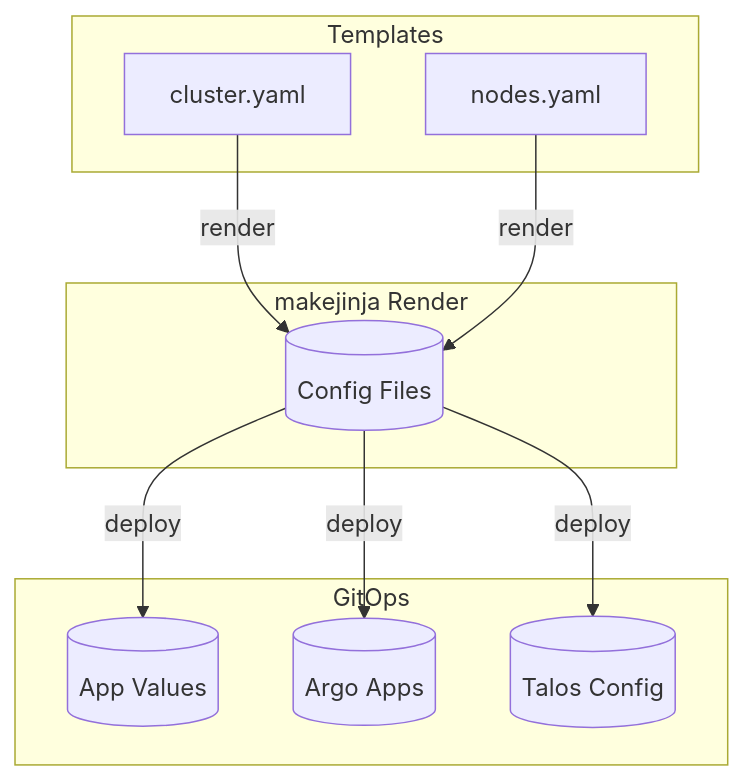
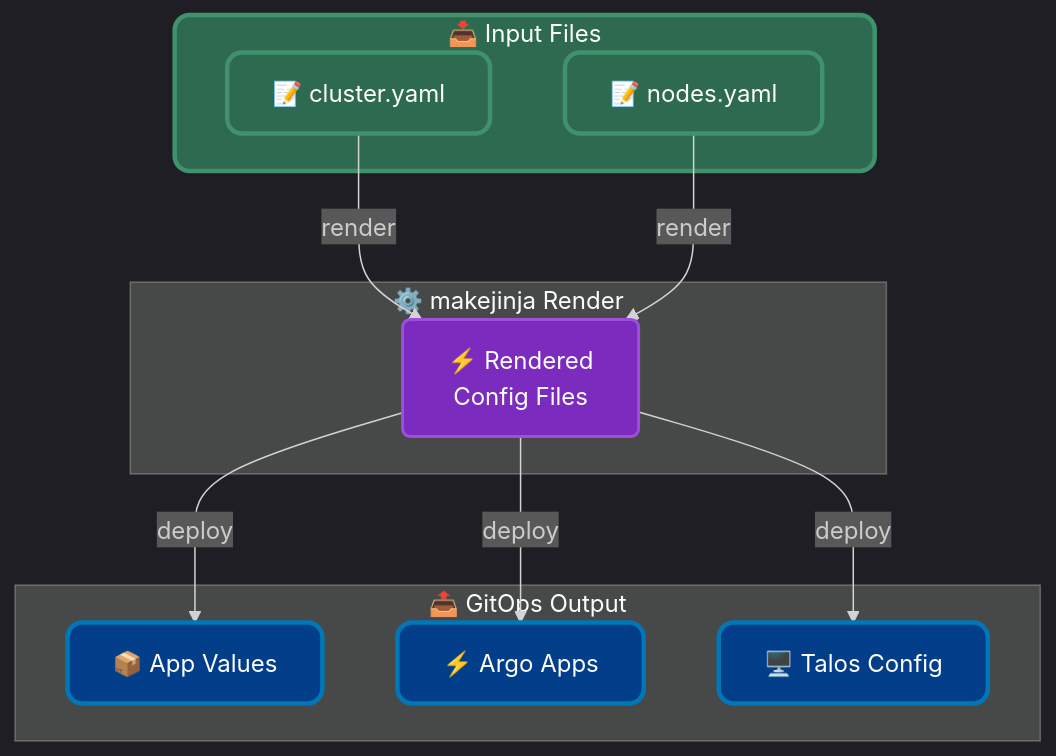
The seventh of 13 diagrams in docs/architecture.md (fabricesemti80/home-argo-cluster-2025), drawn with Mermaid before and after one commit. The commit also changed other lines of this file, not shown here.

First line of the commit message:
docs(architecture): add dark theme styling to Mermaid diagrams

````diff
--- a/docs/architecture.md
+++ b/docs/architecture.md
@@ -250,22 +312,29 @@
 ```mermaid
+%%{init: {'theme': 'dark'}}%%
 flowchart TB
-    subgraph Template["Templates"]
-        T1[cluster.yaml]
-        T2[nodes.yaml]
+    %% Styles
+    classDef input fill:#2d6a4f,stroke:#40916c,stroke-width:3px,color:#fff,rx:10
+    classDef render fill:#7b2cbf,stroke:#9d4edd,stroke-width:2px,color:#fff,rx:5
+    classDef output fill:#023e8a,stroke:#0077b6,stroke-width:3px,color:#fff,rx:10
+    
+    subgraph Input["📥 Input Files"]
+        T1["📝 cluster.yaml"]
+        T2["📝 nodes.yaml"]
+    end
+    class Input,T1,T2 input
+    
+    subgraph Render["⚙️ makejinja Render"]
+        Config["⚡ Rendered<br/>Config Files"]:::render
     end
     
-    subgraph Render["makejinja Render"]
-        Config[("Config Files")]
+    subgraph GitOps["📤 GitOps Output"]
+        Apps["📦 App Values"]:::output
+        Argo["⚡ Argo Apps"]:::output
+        Talos["🖥️ Talos Config"]:::output
     end
     
-    subgraph GitOps["GitOps"]
-        Apps[("App Values")]
-        Argo[("Argo Apps")]
-        Talos[("Talos Config")]
-    end
-    
-    T1 & T2 -->|render| Config
-    Config -->|deploy| Apps
-    Config -->|deploy| Argo
-    Config -->|deploy| Talos
+    T1 & T2 -->|"render"| Config
+    Config -->|"deploy"| Apps
+    Config -->|"deploy"| Argo
+    Config -->|"deploy"| Talos
 ```
````
